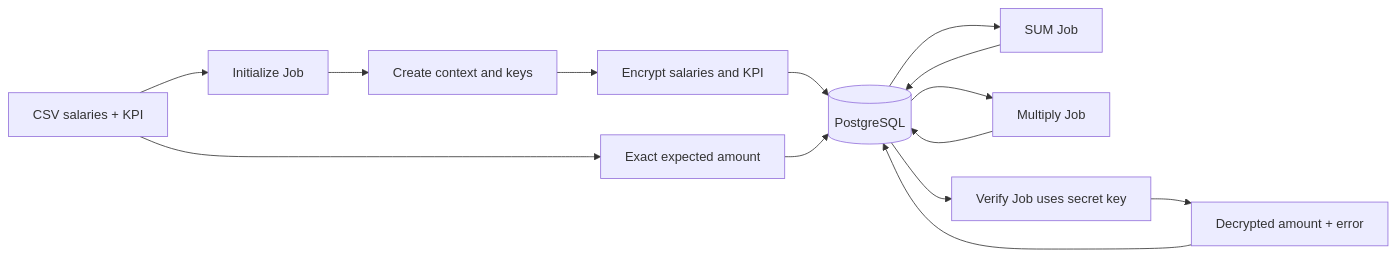
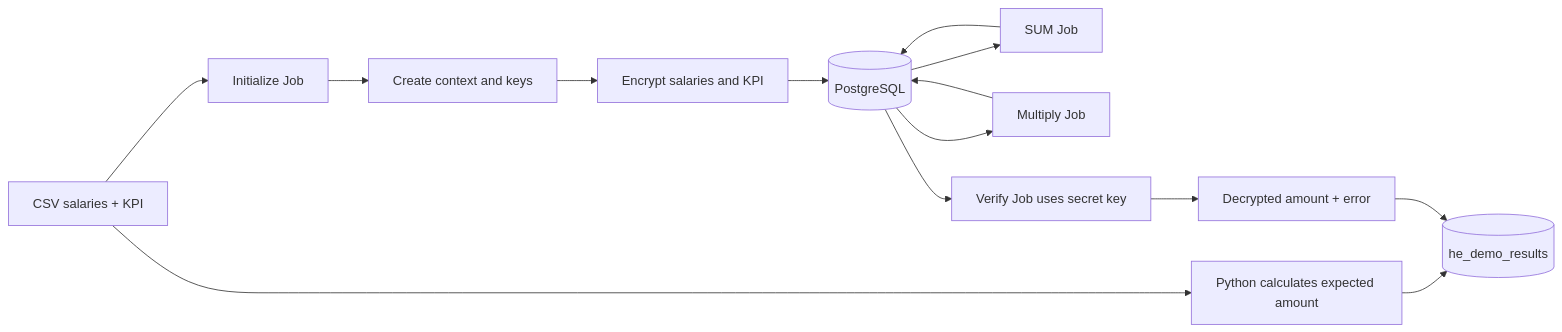
The diagram in demo/cpu-postgres/FLOW.mmd (Nhatcao1/k3s-demo-gitops), drawn with Mermaid before and after one commit. The commit also changed 6 other files, not shown here.

```diff
--- a/demo/cpu-postgres/FLOW.mmd
+++ b/demo/cpu-postgres/FLOW.mmd
@@ -1,14 +1,14 @@
 flowchart LR
     A[CSV salaries + KPI] --> B[Initialize Job]
-    A --> R[Exact expected amount]
+    A --> R[Python calculates expected amount]
     B --> C[Create context and keys]
     C --> D[Encrypt salaries and KPI]
     D --> E[(PostgreSQL)]
-    R --> E
+    R --> T[(he_demo_results)]
     E --> F[SUM Job]
     F --> E
     E --> G[Multiply Job]
     G --> E
     E --> H[Verify Job uses secret key]
     H --> I[Decrypted amount + error]
-    I --> E
+    I --> T
```
